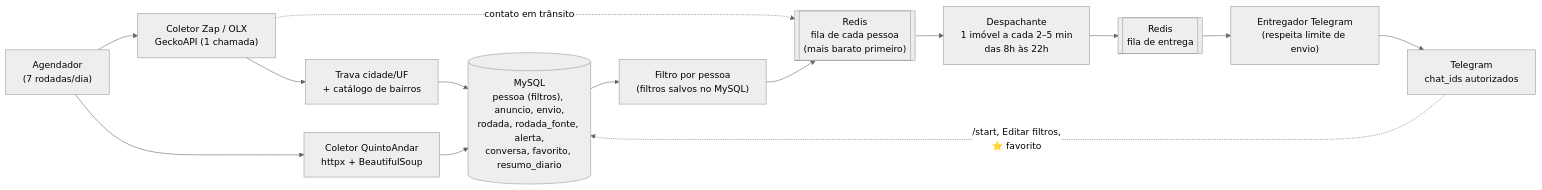
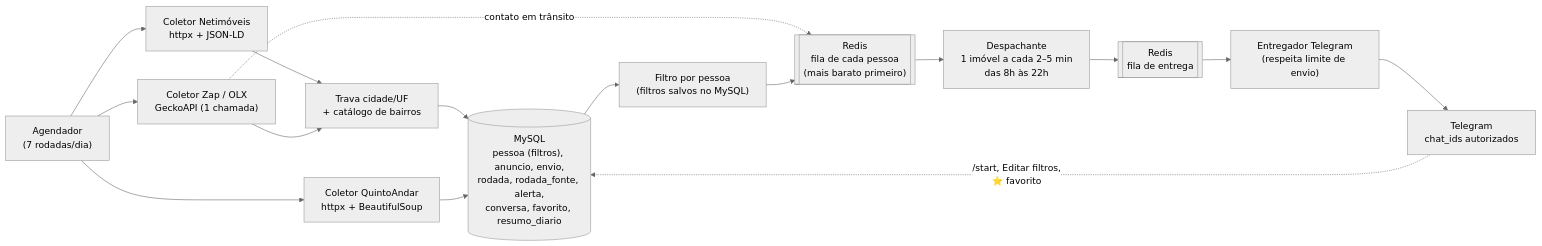
Before and after one commit to heitoroliveiro-dev/ape-bot: the diagram in docs/arquitetura.md, drawn with Mermaid (neutral theme). The commit also changed other lines of this file and 20 other files, not shown here.

First line of the commit message:
feat(005): Netimóveis como fonte por busca pública e JSON-LD

````diff
--- a/docs/arquitetura.md
+++ b/docs/arquitetura.md
@@ -49,16 +51,18 @@
 ```mermaid
 flowchart LR
     agenda["Agendador<br/>(7 rodadas/dia)"] --> qa["Coletor QuintoAndar<br/>httpx + BeautifulSoup"]
+    agenda --> neti["Coletor Netimóveis<br/>httpx + JSON-LD"]
+    neti --> trava
     agenda --> zap["Coletor Zap / OLX<br/>GeckoAPI (1 chamada)"]
     zap --> trava["Trava cidade/UF<br/>+ catálogo de bairros"]
     trava --> db
     zap -. "contato em trânsito" .-> filap
     qa --> db[("MySQL<br/>pessoa (filtros), anuncio, envio,<br/>rodada, rodada_fonte, alerta,<br/>conversa, favorito, resumo_diario")]
     db --> filtro["Filtro por pessoa<br/>(filtros salvos no MySQL)"]
     filtro --> filap[["Redis<br/>fila de cada pessoa<br/>(mais barato primeiro)"]]
     filap --> desp["Despachante<br/>1 imóvel a cada 2–5 min<br/>das 8h às 22h"]
     desp --> fila[["Redis<br/>fila de entrega"]]
     fila --> worker["Entregador Telegram<br/>(respeita limite de envio)"]
     worker --> tg["Telegram<br/>chat_ids autorizados"]
     tg -. "/start, Editar filtros,<br/>⭐ favorito" .-> db
 ```
````
